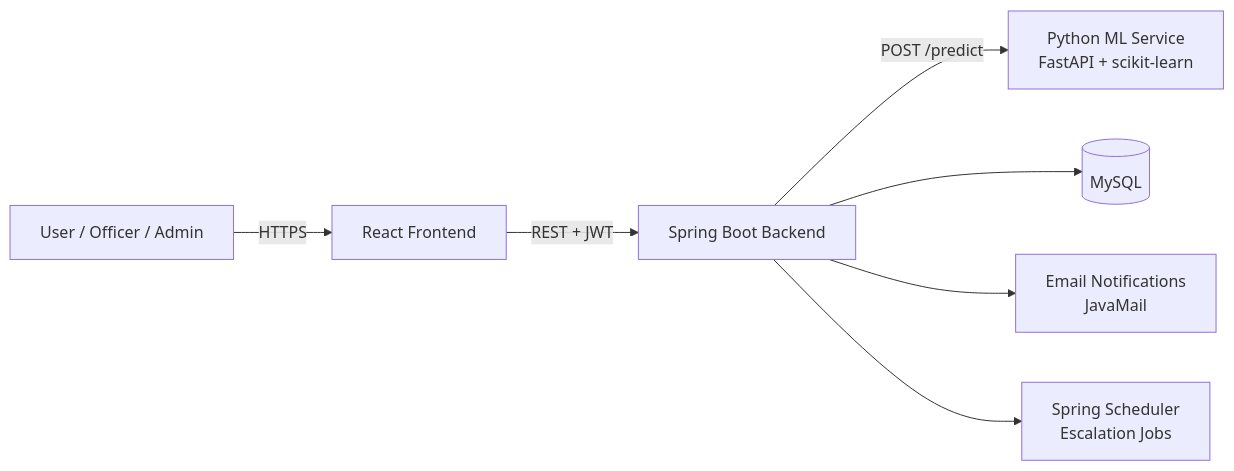
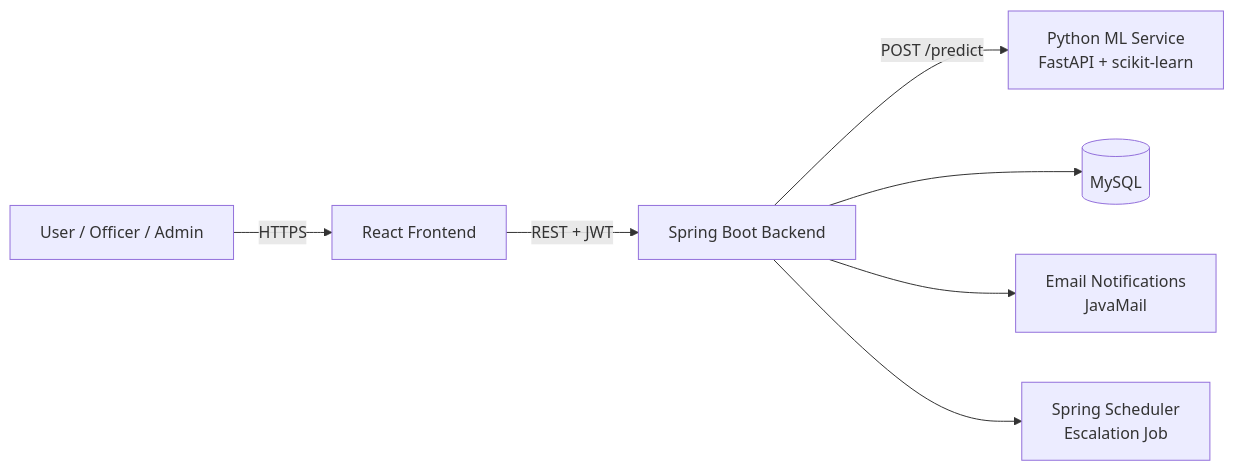
The diagram in README.md (chitpoo/Ai-based-complaint-system), drawn with Mermaid before and after one commit. The commit also changed other lines of this file and 28 other files, not shown here.

````diff
--- a/README.md
+++ b/README.md
@@ -33,9 +42,9 @@
 ```mermaid
 flowchart LR
     U[User / Officer / Admin] -->|HTTPS| FE[React Frontend]
     FE -->|REST + JWT| BE[Spring Boot Backend]
     BE -->|POST /predict| ML[Python ML Service<br/>FastAPI + scikit-learn]
     BE --> DB[(MySQL)]
     BE --> MAIL[Email Notifications<br/>JavaMail]
-    BE --> SCH[Spring Scheduler<br/>Escalation Jobs]
+    BE --> SCH[Spring Scheduler<br/>Escalation Job]
 ```
````
